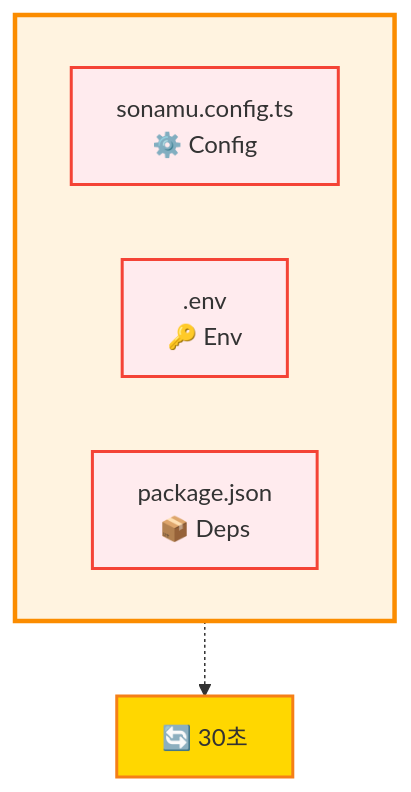
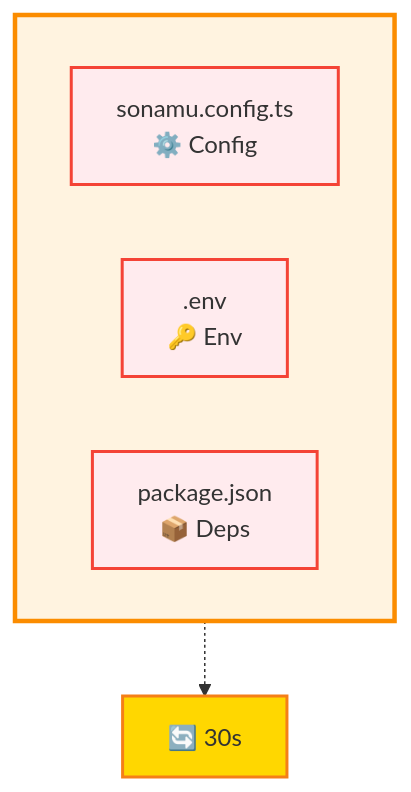
One commit to cartanova-ai/sonamu changed the second of 2 diagrams in modules/docs/en/tools-and-cli/hmr/boundaries.mdx. Above: the diagram before and after it, drawn with Mermaid. The commit also changed other lines of this file and 86 other files, not shown here.

````diff
--- a/modules/docs/en/tools-and-cli/hmr/boundaries.mdx
+++ b/modules/docs/en/tools-and-cli/hmr/boundaries.mdx
@@ -43,19 +43,19 @@
 ```mermaid
 graph TB
     subgraph nonboundary[" "]
         direction LR
         N1["sonamu.config.ts<br/>⚙️ Config"]
         N2[".env<br/>🔑 Env"]
         N3["package.json<br/>📦 Deps"]
     end
-    
-    N1 -.-> R2["🔄 30초"]:::slow
-    
+
+    N1 -.-> R2["🔄 30s"]:::slow
+
     style N1 fill:#FFEBEE,stroke:#F44336,stroke-width:2px
     style N2 fill:#FFEBEE,stroke:#F44336,stroke-width:2px
     style N3 fill:#FFEBEE,stroke:#F44336,stroke-width:2px
-    
+
     style nonboundary fill:#FFF3E0,stroke:#FB8C00,stroke-width:3px
-    
+
     classDef slow fill:#FFD700,stroke:#F57F17,stroke-width:2px
 ```
````
